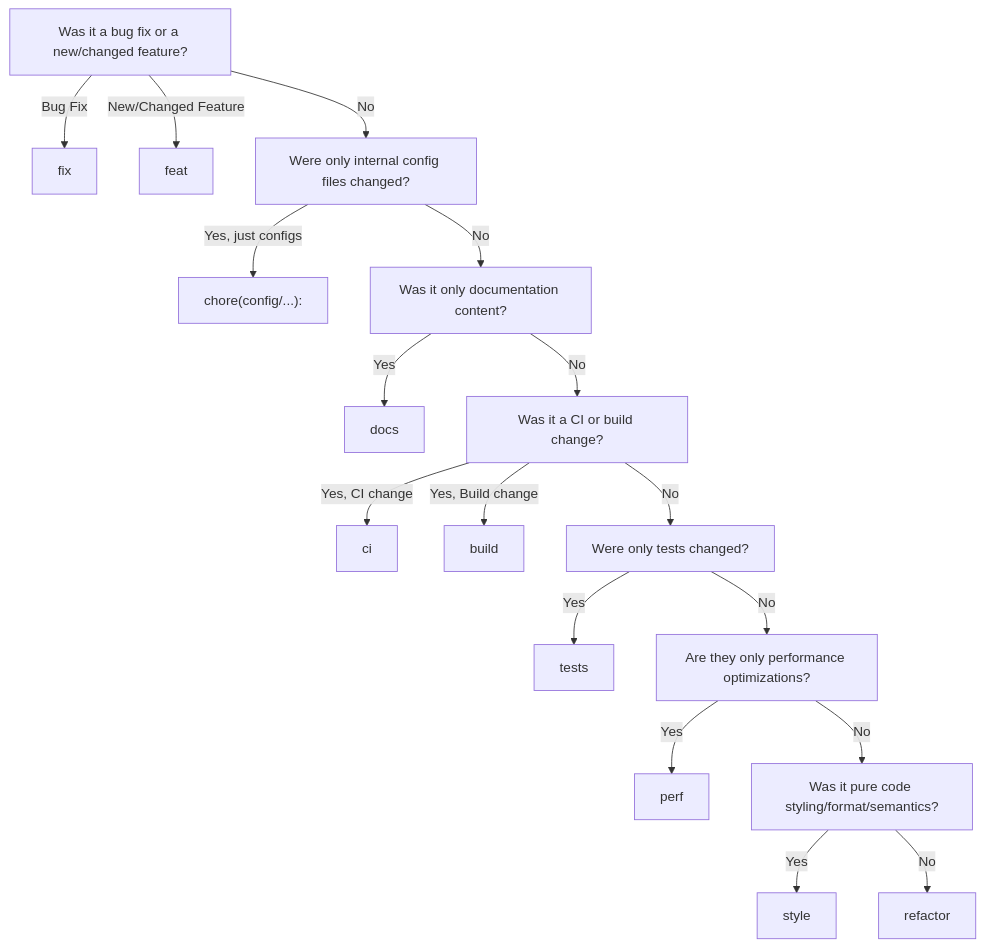
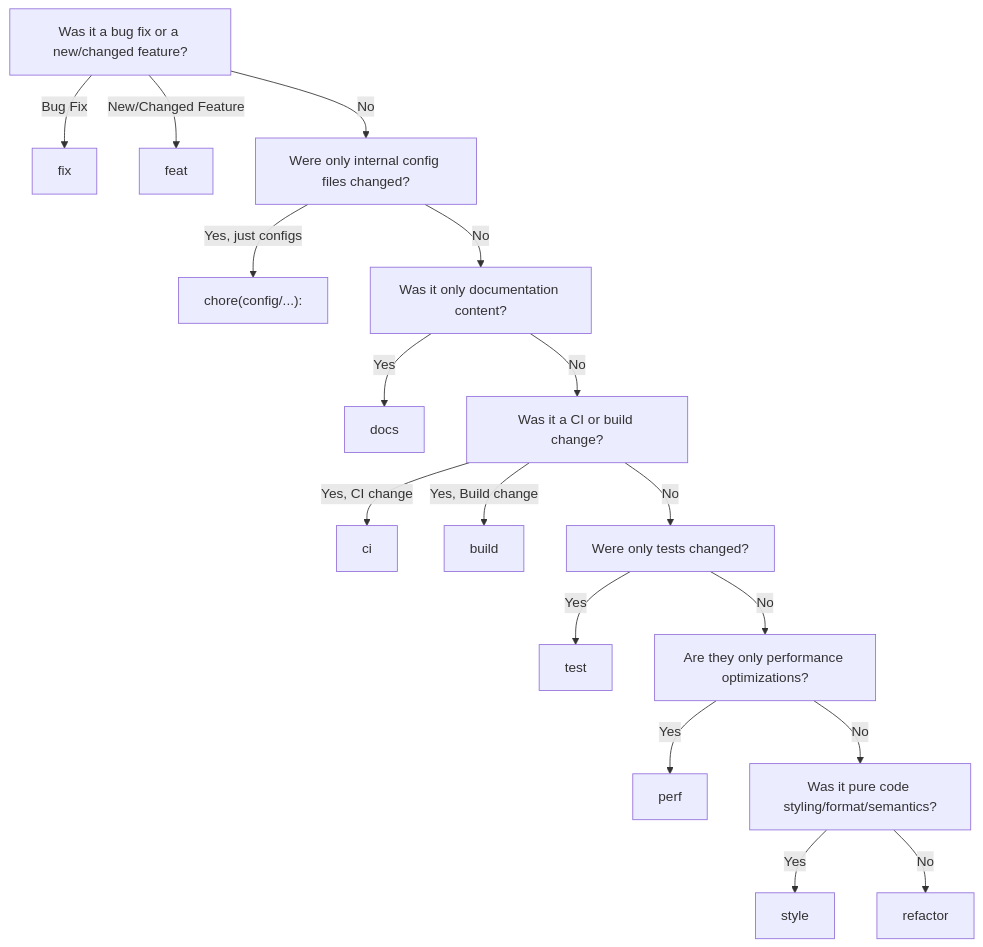
One commit to cuhacking/2025 changed the first of 3 diagrams in apps/docs/src/content/docs/contribution-guidelines/conventional-commits.mdx. Above: the diagram before and after it, drawn with Mermaid. The commit also changed other lines of this file, not shown here.

````diff
--- a/apps/docs/src/content/docs/contribution-guidelines/conventional-commits.mdx
+++ b/apps/docs/src/content/docs/contribution-guidelines/conventional-commits.mdx
@@ -36,20 +36,20 @@
 ```mermaid
 flowchart TD
 n1["Was it a bug fix or a new/changed feature?"]
 n1 --> |"Bug Fix"| n2["fix"]
 n1 --> |"New/Changed Feature"| n3["feat"]
 n1 --> |"No"| n5["Were only internal config files changed?"]
 n5 --> |"Yes, just configs"| n6["chore(config/...):"]
 n5 --> |"No"| n7["Was it only documentation content?"]
 n7 --> |"Yes"| n8["docs"]
 n7 --> |"No"| n9["Was it a CI or build change?"]
 n9 --> |"Yes, CI change"| n10["ci"]
 n9 --> |"Yes, Build change"| n11["build"]
 n9 --> |"No"| n12["Were only tests changed?"]
-n12 --> |"Yes"| n13["tests"]
+n12 --> |"Yes"| n13["test"]
 n12 --> |"No"| n14["Are they only performance optimizations?"]
 n14 --> |"Yes"| n15["perf"]
 n14 --> |"No"| n16["Was it pure code styling/format/semantics?"]
 n16 --> |"Yes"| n17["style"]
 n16 --> |"No"| n18["refactor"]
 ```
````
